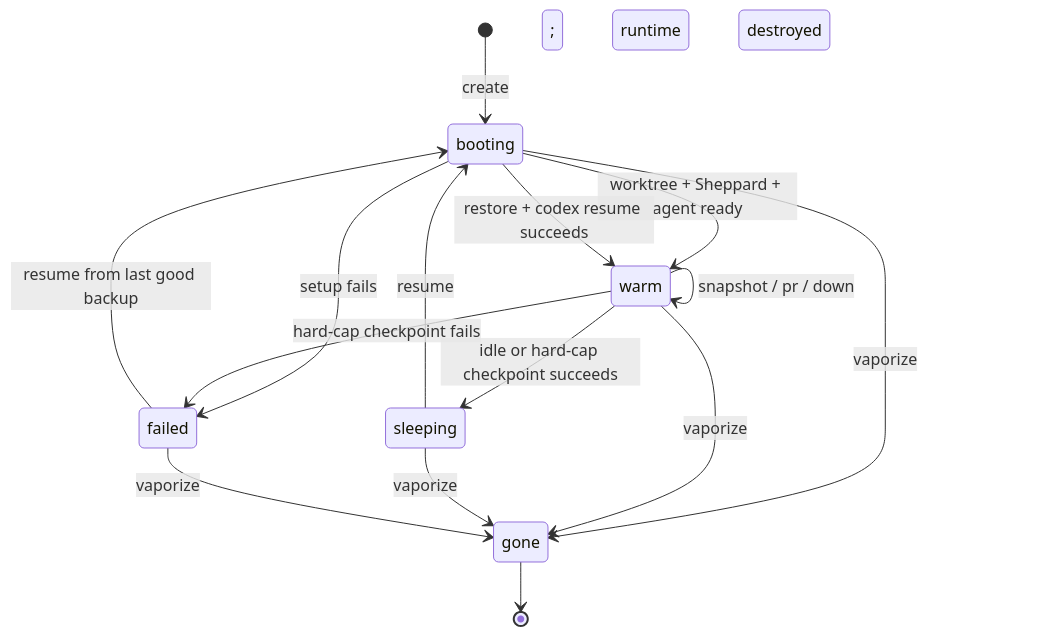
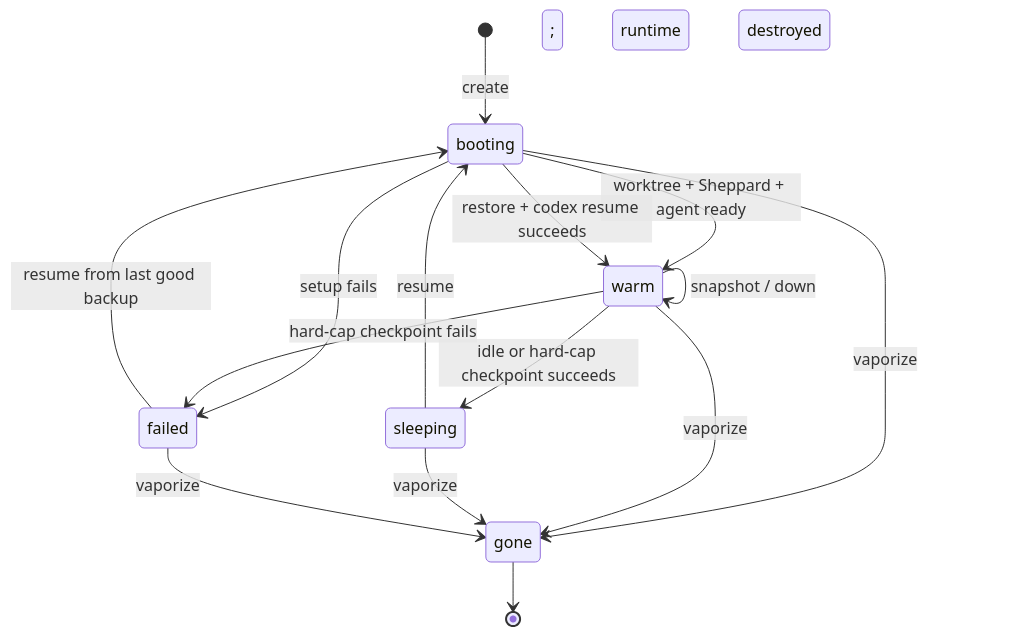
Before and after one commit to Yeshwanthyk/scotty: the first of 2 diagrams in IMPLEMENTATION_DAG.md, drawn with Mermaid. The commit also changed other lines of this file and 24 other files, not shown here.

````diff
--- a/IMPLEMENTATION_DAG.md
+++ b/IMPLEMENTATION_DAG.md
@@ -70,20 +70,20 @@
 ```mermaid
 stateDiagram-v2
     [*] --> booting: create
     booting --> warm: worktree + Sheppard + agent ready
     booting --> failed: setup fails
 
-    warm --> warm: snapshot / pr / down
+    warm --> warm: snapshot / down
     warm --> sleeping: idle or hard-cap checkpoint succeeds
     warm --> failed: hard-cap checkpoint fails; runtime destroyed
 
     sleeping --> booting: resume
     failed --> booting: resume from last good backup
     booting --> warm: restore + codex resume succeeds
 
     booting --> gone: vaporize
     warm --> gone: vaporize
     sleeping --> gone: vaporize
     failed --> gone: vaporize
     gone --> [*]
 ```
````
